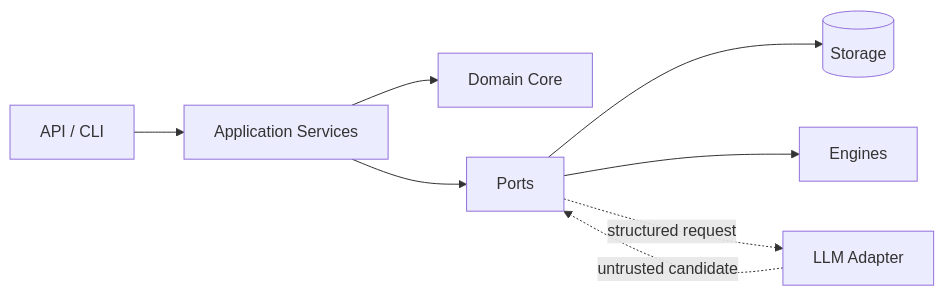
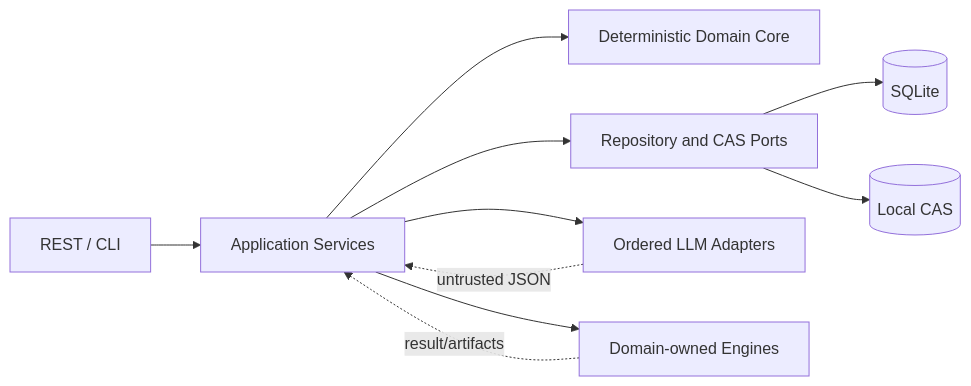
Before and after one commit to PJH-02/Alpha_factory: the first of 2 diagrams in docs/02_Architecture.md, drawn with Mermaid. The commit also changed other lines of this file and 157 other files, not shown here.

````diff
--- a/docs/02_Architecture.md
+++ b/docs/02_Architecture.md
@@ -23,10 +21,12 @@
 ```mermaid
 flowchart LR
-    U[API / CLI] --> A[Application Services]
-    A --> D[Domain Core]
-    A --> P[Ports]
-    P --> S[(Storage)]
-    P --> E[Engines]
-    P -. structured request .-> L[LLM Adapter]
-    L -. untrusted candidate .-> P
+    U[REST / CLI] --> A[Application Services]
+    A --> D[Deterministic Domain Core]
+    A --> R[Repository and CAS Ports]
+    A --> L[Ordered LLM Adapters]
+    A --> E[Domain-owned Engines]
+    R --> S[(SQLite)]
+    R --> C[(Local CAS)]
+    L -. untrusted JSON .-> A
+    E -. result/artifacts .-> A
 ```
````
